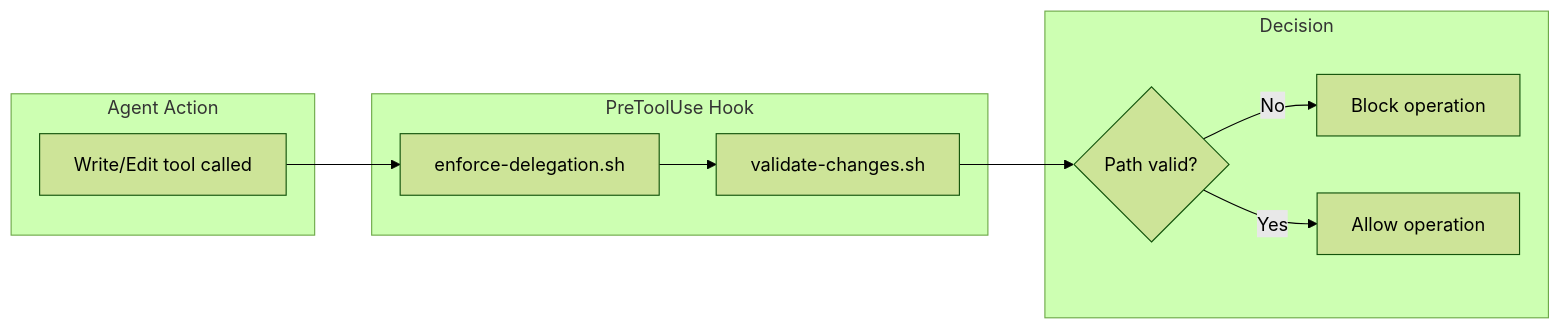
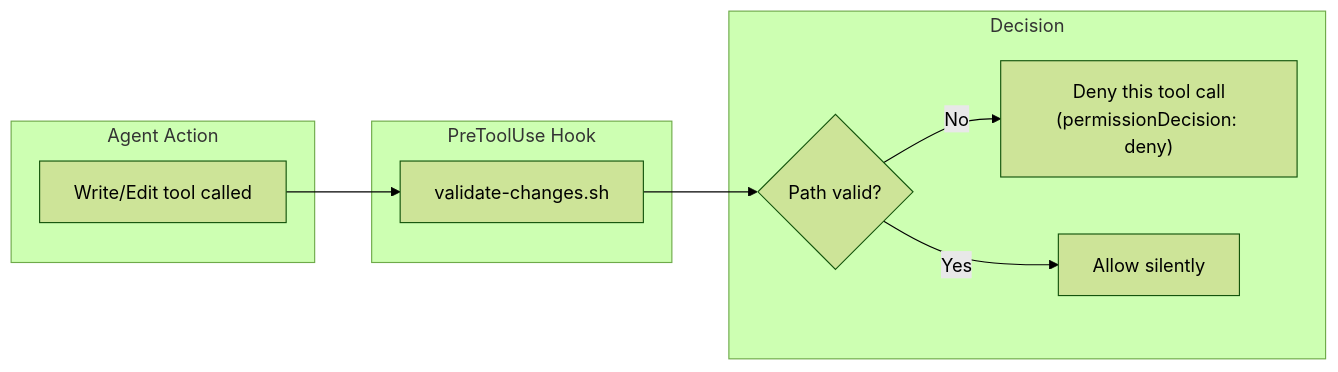
One commit to josix/agent-flow changed the fifth of 9 diagrams in docs/architecture/data-flows.md. Above: the diagram before and after it, drawn with Mermaid (forest theme). The commit also changed other lines of this file and 60 other files, not shown here.

First line of the commit message:
feat: modernize agent-flow for current Claude Code and speed up /orchestrate

````diff
--- a/docs/architecture/data-flows.md
+++ b/docs/architecture/data-flows.md
@@ -270,23 +270,21 @@
 ```mermaid
 flowchart LR
     subgraph Agent["Agent Action"]
         A1[Write/Edit tool called]
     end
 
     subgraph PreHook["PreToolUse Hook"]
-        H1[enforce-delegation.sh]
         H2[validate-changes.sh]
     end
 
     subgraph Decision["Decision"]
         D1{Path valid?}
-        D2[Block operation]
-        D3[Allow operation]
+        D2["Deny this tool call<br/>(permissionDecision: deny)"]
+        D3[Allow silently]
     end
 
-    A1 --> H1
-    H1 --> H2
+    A1 --> H2
     H2 --> D1
     D1 -->|No| D2
     D1 -->|Yes| D3
 ```
````
